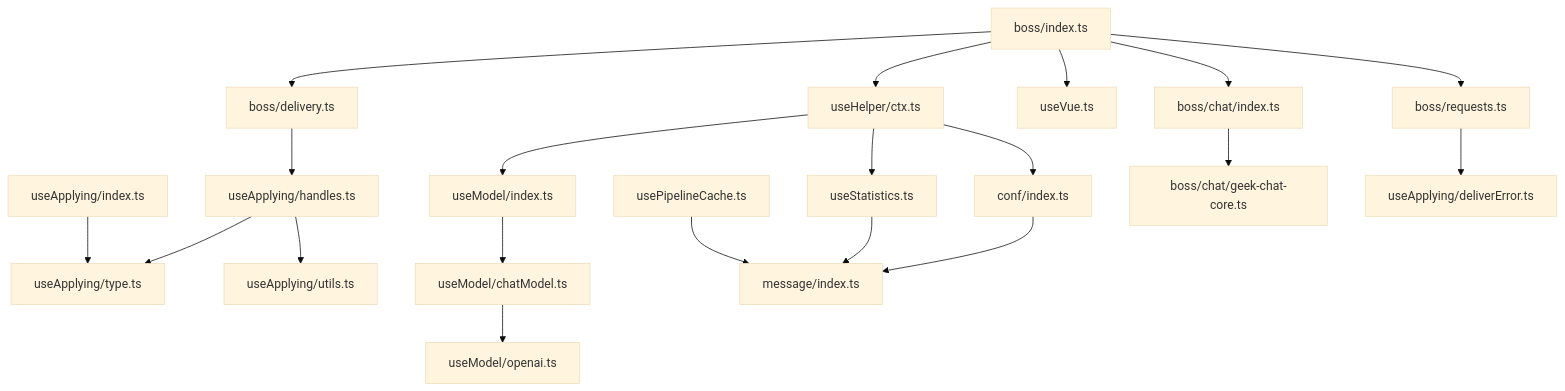
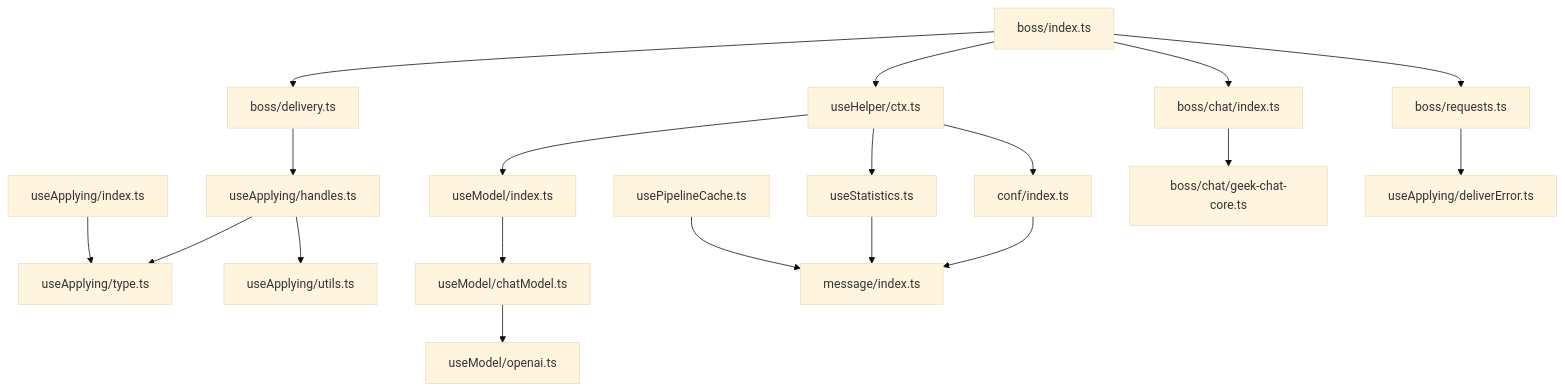
Before and after one commit to hollyxun/boss-helper: the diagram in docs/03-目录结构与模块.md, drawn with Mermaid (base theme). The commit also changed other lines of this file and 12 other files, not shown here.

````diff
--- a/docs/03-目录结构与模块.md
+++ b/docs/03-目录结构与模块.md
@@ -304,22 +294,21 @@
 ```mermaid
 flowchart TD
   BOSS["boss/index.ts"] --> DELIVERY["boss/delivery.ts"]
   DELIVERY --> HANDLES["useApplying/handles.ts"]
   HANDLES --> APPLYTYPE["useApplying/type.ts"]
   HANDLES --> UTILS2["useApplying/utils.ts"]
   APPLY["useApplying/index.ts"] --> APPLYTYPE
   BOSS --> HELPER["useHelper/ctx.ts"]
   HELPER --> CONF["conf/index.ts"]
   HELPER --> MODEL["useModel/index.ts"]
   HELPER --> STAT["useStatistics.ts"]
   MODEL --> CHAT["useModel/chatModel.ts"]
   CHAT --> OPENAI["useModel/openai.ts"]
   CONF --> MSG["message/index.ts"]
   STAT --> MSG
   CACHE["usePipelineCache.ts"] --> MSG
-  BOSS --> VUEHOOK["useVue.ts"]
   BOSS --> REQ["boss/requests.ts"]
   BOSS --> CHATCLIENT["boss/chat/index.ts"]
   CHATCLIENT --> PROTO["boss/chat/geek-chat-core.ts"]
   REQ --> ERR["useApplying/deliverError.ts"]
 ```
````
